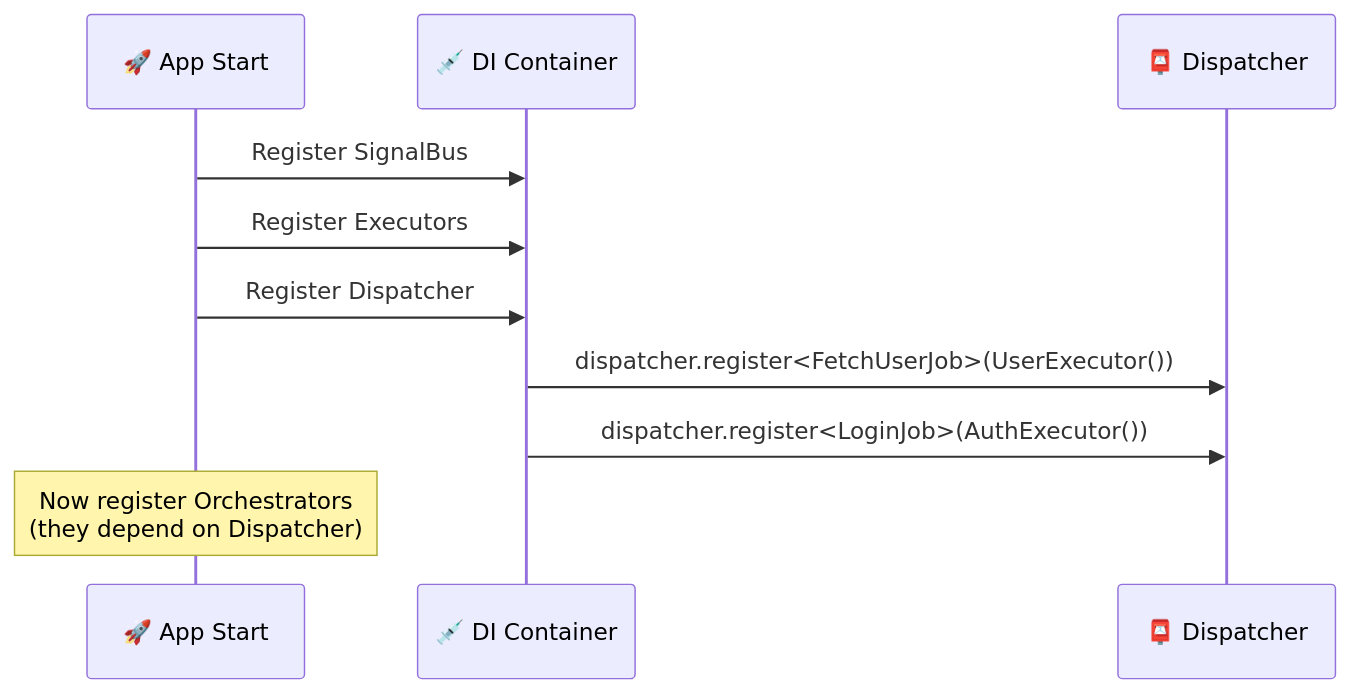
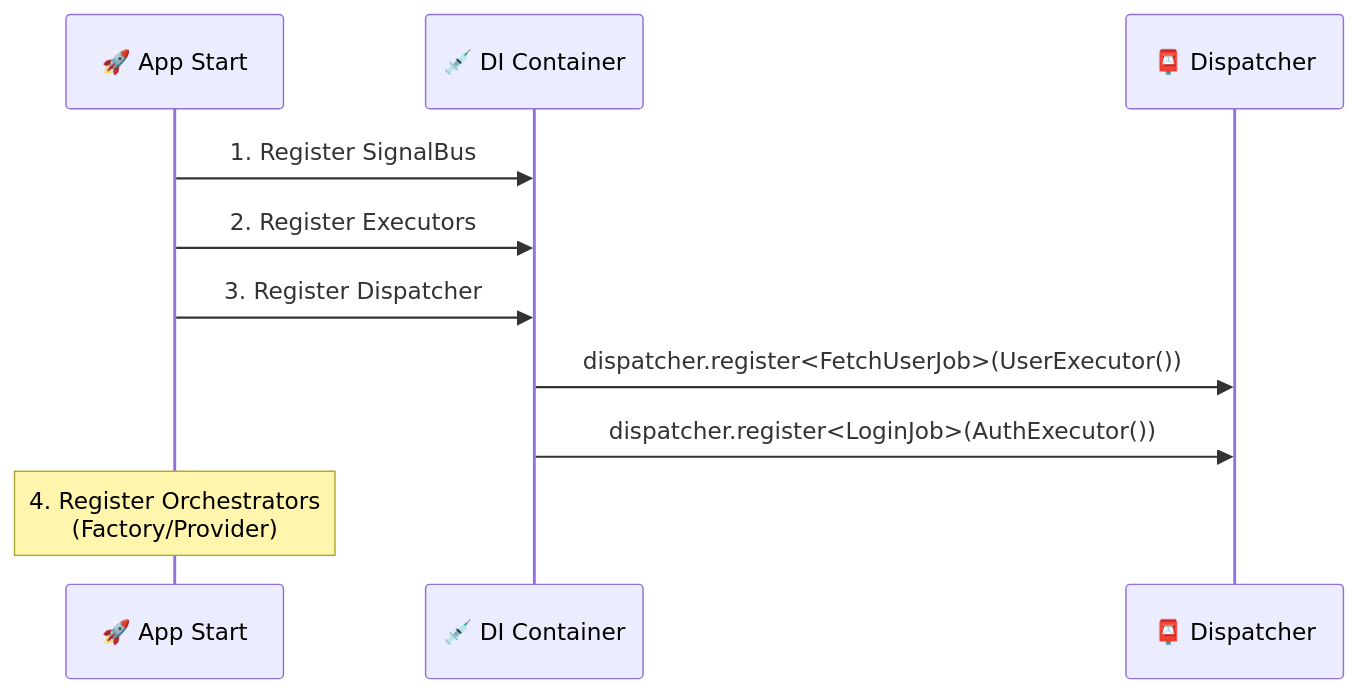
The ninth of 14 diagrams in book/chapters/07_best_practices.md (lploc94/flutter_orchestrator), drawn with Mermaid before and after one commit. The commit also changed other lines of this file and 31 other files, not shown here.

````diff
--- a/book/chapters/07_best_practices.md
+++ b/book/chapters/07_best_practices.md
@@ -192,15 +221,15 @@
 ```mermaid
 sequenceDiagram
     participant App as 🚀 App Start
     participant DI as 💉 DI Container
     participant Disp as 📮 Dispatcher
     
-    App->>DI: Register SignalBus
-    App->>DI: Register Executors
-    App->>DI: Register Dispatcher
+    App->>DI: 1. Register SignalBus
+    App->>DI: 2. Register Executors
+    App->>DI: 3. Register Dispatcher
     
     DI->>Disp: dispatcher.register<FetchUserJob>(UserExecutor())
     DI->>Disp: dispatcher.register<LoginJob>(AuthExecutor())
     
-    Note over App: Now register Orchestrators<br/>(they depend on Dispatcher)
+    Note over App: 4. Register Orchestrators<br/>(Factory/Provider)
 ```
````
